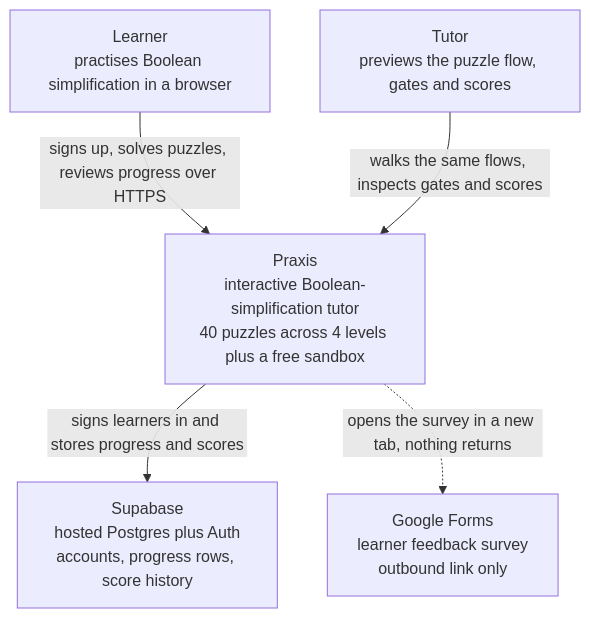
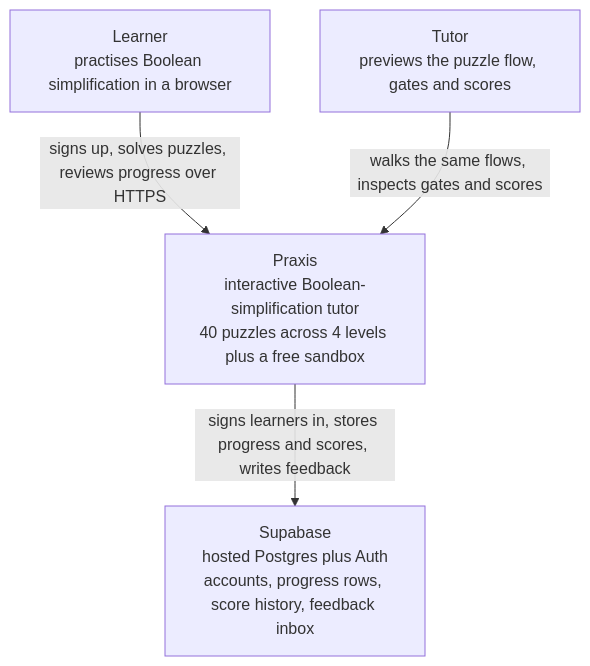
Before and after one commit to Freezeh11/Praxis: the first of 12 diagrams in docs/09-diagrams/DIAGRAMS.md, drawn with Mermaid. The commit also changed other lines of this file and 15 other files, not shown here.

````diff
--- a/docs/09-diagrams/DIAGRAMS.md
+++ b/docs/09-diagrams/DIAGRAMS.md
@@ -64,13 +65,11 @@
 ```mermaid
 flowchart TD
   Learner["Learner<br/>practises Boolean simplification in a browser"]
   Tutor["Tutor<br/>previews the puzzle flow, gates and scores"]
   Praxis["Praxis<br/>interactive Boolean-simplification tutor<br/>40 puzzles across 4 levels plus a free sandbox"]
-  Supabase["Supabase<br/>hosted Postgres plus Auth<br/>accounts, progress rows, score history"]
-  Forms["Google Forms<br/>learner feedback survey<br/>outbound link only"]
+  Supabase["Supabase<br/>hosted Postgres plus Auth<br/>accounts, progress rows, score history, feedback inbox"]
 
   Learner -->|"signs up, solves puzzles, reviews progress over HTTPS"| Praxis
   Tutor -->|"walks the same flows, inspects gates and scores"| Praxis
-  Praxis -->|"signs learners in and stores progress and scores"| Supabase
-  Praxis -.->|"opens the survey in a new tab, nothing returns"| Forms
+  Praxis -->|"signs learners in, stores progress and scores, writes feedback"| Supabase
 ```
````
